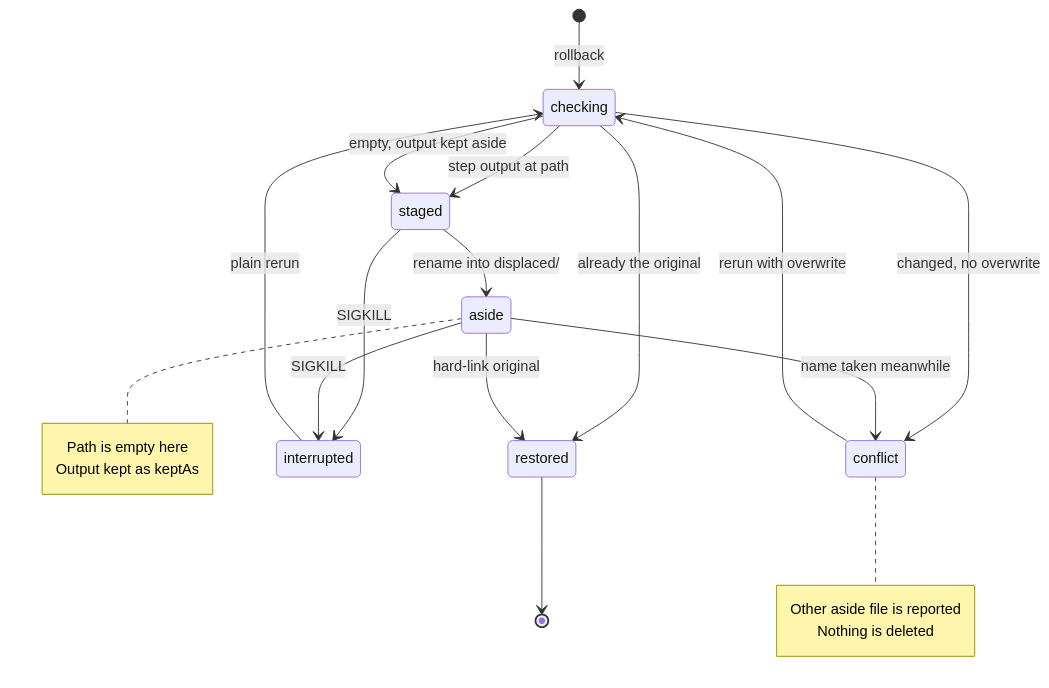
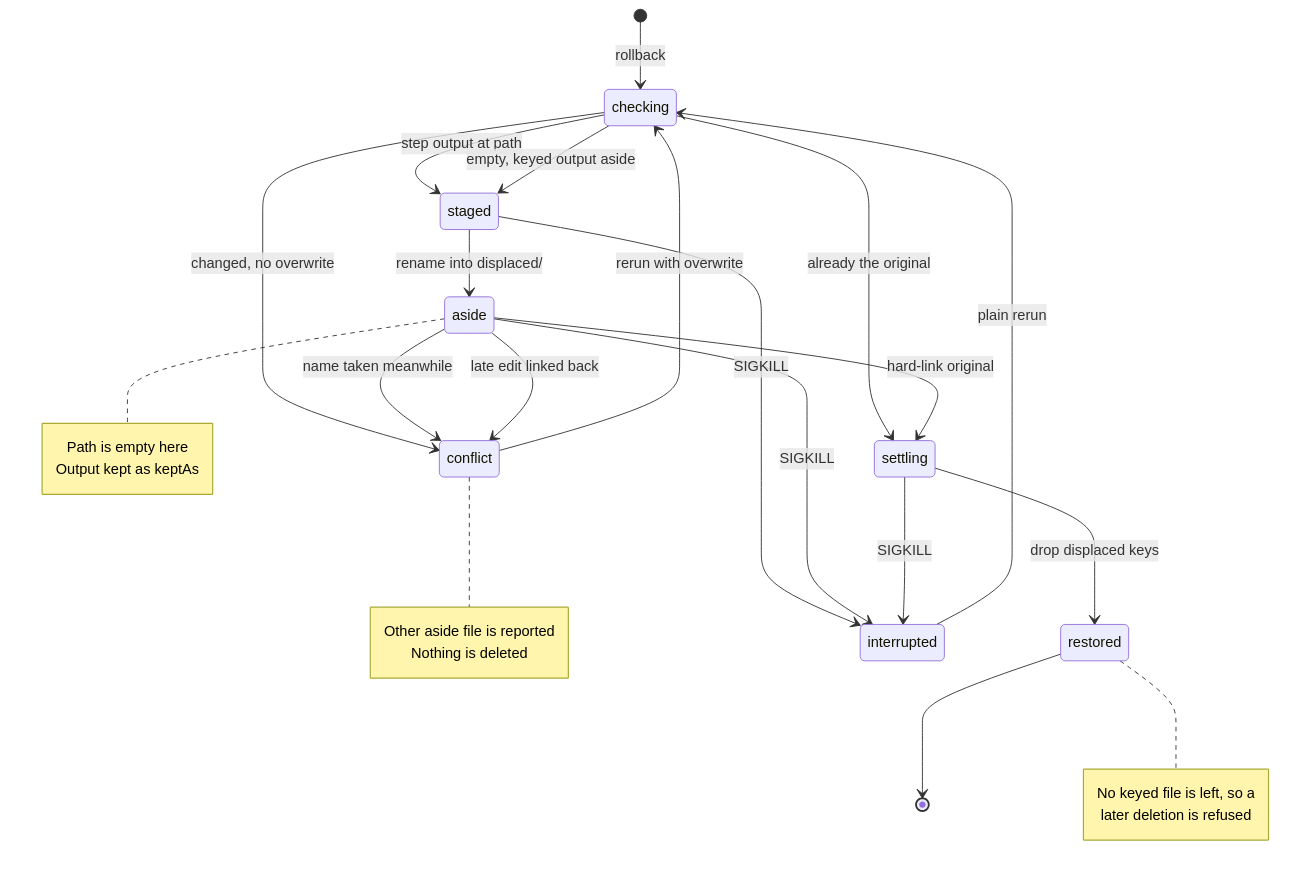
Before and after one commit to hack-dance/hack: the diagram in docs/reference/upgrade-restore.mmd, drawn with Mermaid. The commit also changed 10 other files, not shown here.

First line of the commit message:
fix(upgrade): drop displaced keys once a rollback completes (HACK-2188)

```diff
--- a/docs/reference/upgrade-restore.mmd
+++ b/docs/reference/upgrade-restore.mmd
@@ -1,26 +1,33 @@
 stateDiagram-v2
   direction TB
   [*] --> checking: rollback
-  checking --> restored: already the original
+  checking --> settling: already the original
   checking --> staged: step output at path
-  checking --> staged: empty, output kept aside
+  checking --> staged: empty, keyed output aside
   checking --> conflict: changed, no overwrite
   staged --> aside: rename into displaced/
-  aside --> restored: hard-link original
+  aside --> settling: hard-link original
   aside --> conflict: name taken meanwhile
+  aside --> conflict: late edit linked back
+  settling --> restored: drop displaced keys
   staged --> interrupted: SIGKILL
   aside --> interrupted: SIGKILL
+  settling --> interrupted: SIGKILL
   interrupted --> checking: plain rerun
   conflict --> checking: rerun with overwrite
   restored --> [*]
   note right of aside
     Path is empty here
     Output kept as keptAs
+  end note
+  note right of restored
+    No keyed file is left, so a
+    later deletion is refused
   end note
   note right of conflict
     Other aside file is reported
     Nothing is deleted
   end note
   class restored ok
   class conflict fail
   class interrupted wait
```
